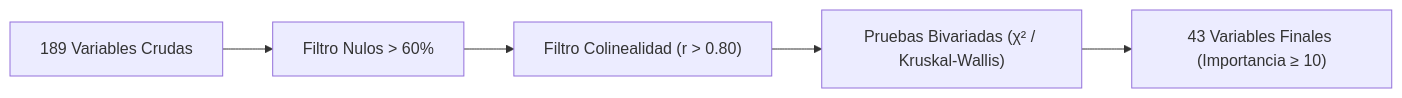
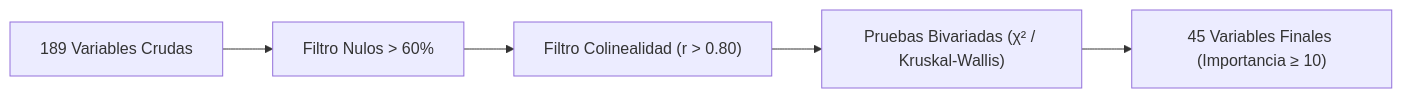
The second of 3 diagrams in docs/docs/metodologia_articulo.md (abelguevara-upeu/malnutrition-research), drawn with Mermaid before and after one commit. The commit also changed other lines of this file and 3 other files, not shown here.

````diff
--- a/docs/docs/metodologia_articulo.md
+++ b/docs/docs/metodologia_articulo.md
@@ -32,7 +32,7 @@
 ```mermaid
 graph LR
     A["189 Variables Crudas"] --> B["Filtro Nulos > 60%"]
     B --> C["Filtro Colinealidad (r > 0.80)"]
     C --> D["Pruebas Bivariadas (χ² / Kruskal-Wallis)"]
-    D --> E["43 Variables Finales (Importancia ≥ 10)"]
+    D --> E["45 Variables Finales (Importancia ≥ 10)"]
 ```
````
